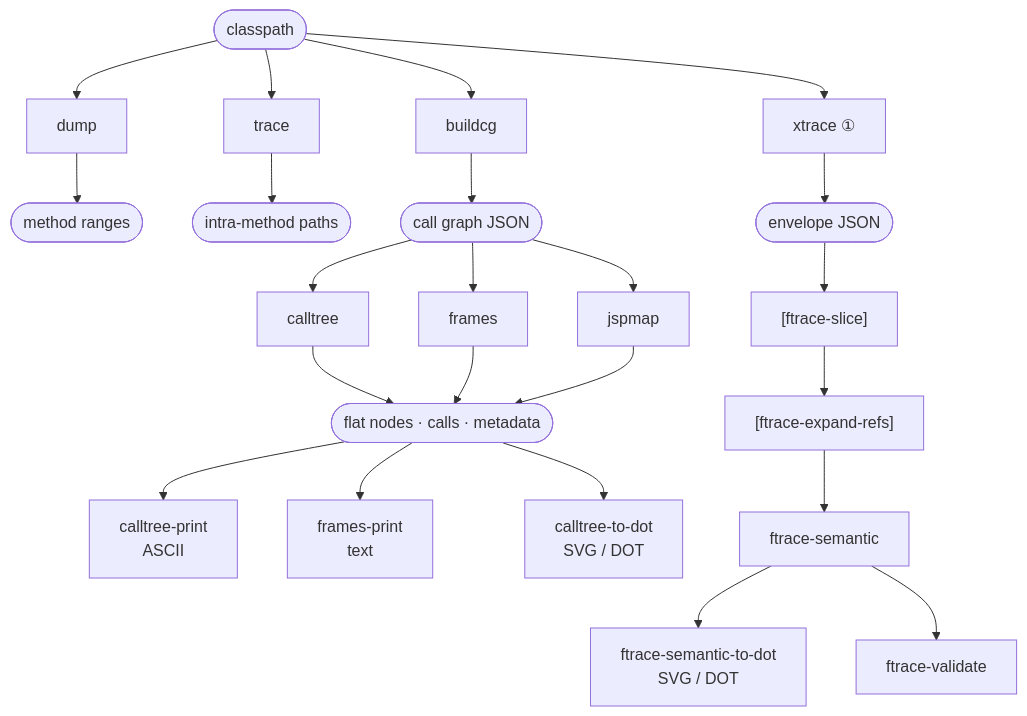
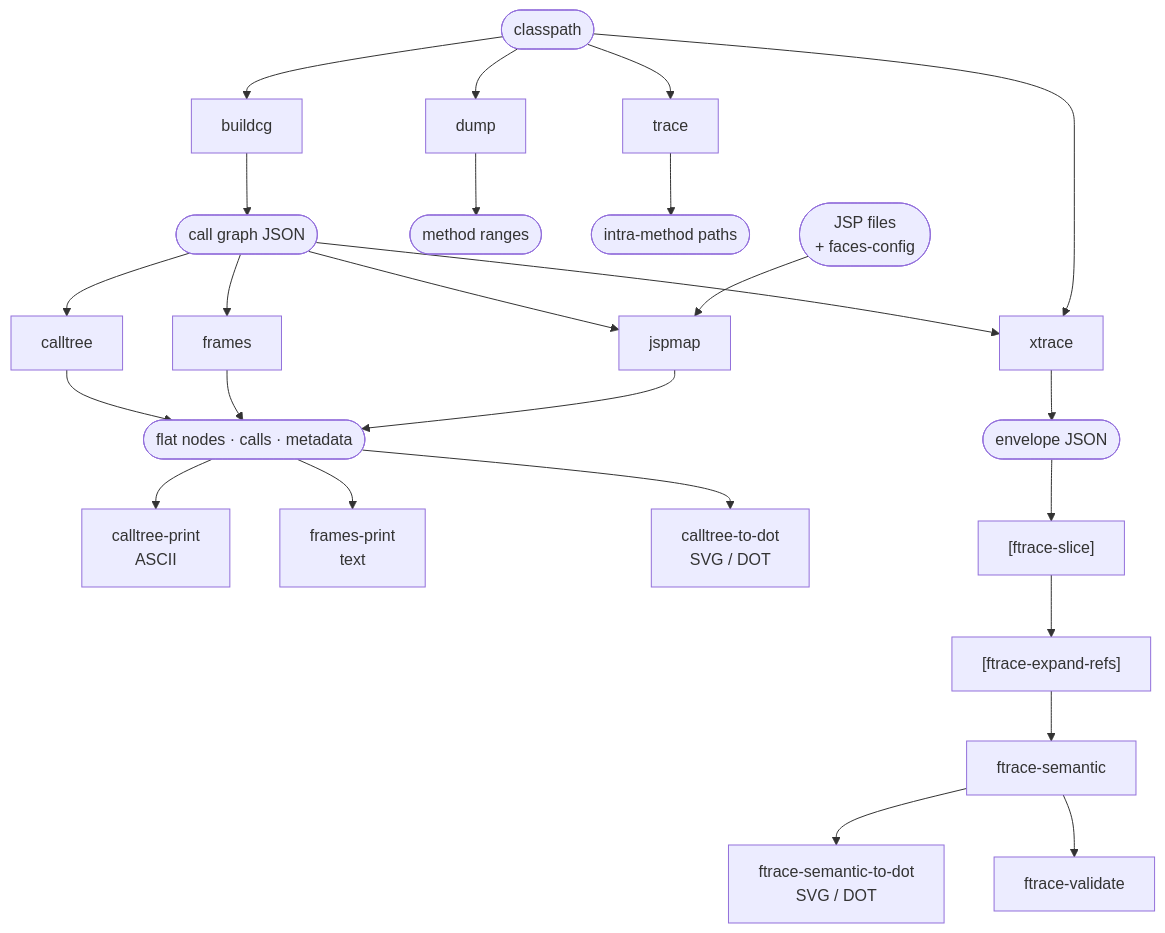
The diagram in README.md (avishek-sen-gupta/java-bytecode-tools), drawn with Mermaid before and after one commit.

Commit message:
docs: fix Tool Combinations Mermaid diagram — xtrace needs call graph; jspmap needs JSP inputs

````diff
--- a/README.md
+++ b/README.md
@@ -43,32 +43,36 @@
 ```mermaid
 flowchart TD
     classpath([classpath])
+    jsps([JSP files\n+ faces-config])
 
     classpath --> dump[dump]
     classpath --> trace[trace]
     classpath --> buildcg[buildcg]
-    classpath --> xtrace["xtrace ①"]
 
     dump --> method_ranges([method ranges])
     trace --> intra([intra-method paths])
     buildcg --> cg([call graph JSON])
 
     cg --> calltree[calltree]
     cg --> frames[frames]
     cg --> jspmap[jspmap]
+    cg --> xtrace[xtrace]
+    classpath --> xtrace
+
+    jsps --> jspmap
 
     calltree --> flat([flat nodes · calls · metadata])
     frames   --> flat
     jspmap   --> flat
 
     flat --> cp[calltree-print\nASCII]
     flat --> fp[frames-print\ntext]
     flat --> ctd[calltree-to-dot\nSVG / DOT]
 
     xtrace --> env([envelope JSON])
     env --> fslice["[ftrace-slice]"]
     fslice --> fexpand["[ftrace-expand-refs]"]
     fexpand --> fsem[ftrace-semantic]
     fsem --> fsdot[ftrace-semantic-to-dot\nSVG / DOT]
     fsem --> fval[ftrace-validate]
 ```
````
